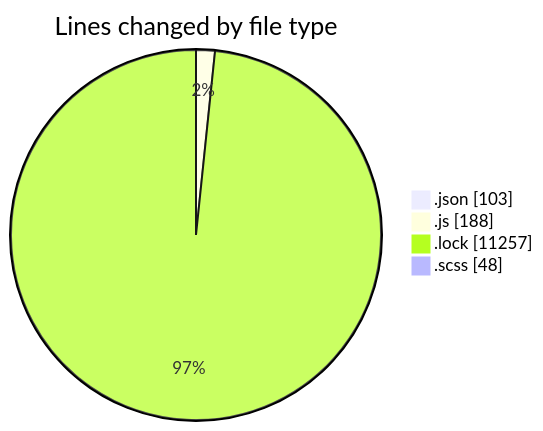
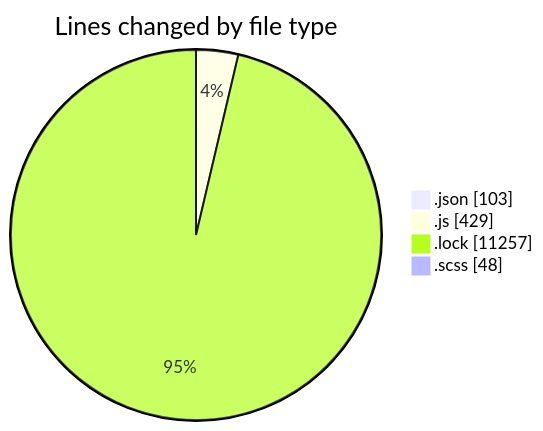
Before and after one commit to momahboobian/code-tracking: the first of 2 diagrams in 2026-01-06/cda/README.md, drawn with Mermaid. The commit also changed other lines of this file and 1 other file, not shown here.

````diff
--- a/2026-01-06/cda/README.md
+++ b/2026-01-06/cda/README.md
@@ -27,8 +27,8 @@
 ```mermaid
 pie showData
 title Lines changed by file type
 ".json" : 103
-".js" : 188
+".js" : 429
 ".lock" : 11257
 ".scss" : 48
 ```
````
